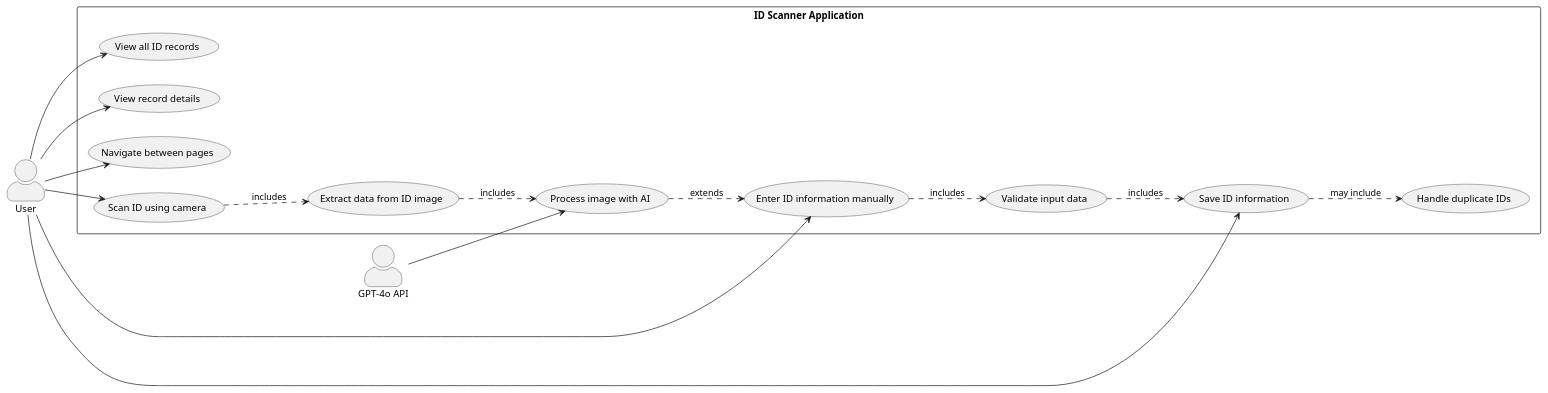
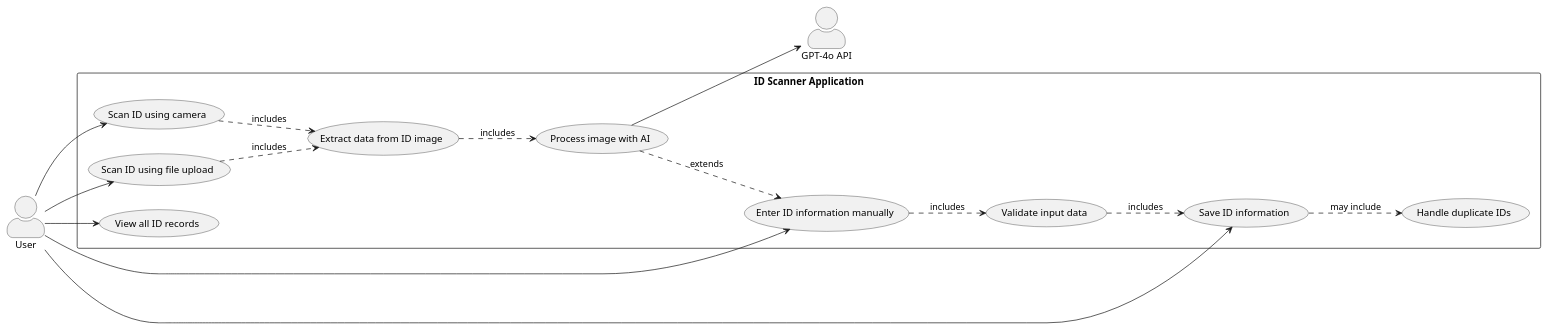
Before and after one commit to nehadst/ID-SCANNER: the diagram in docs/use-case-diagram-plantuml.md, drawn with PlantUML. The commit also changed 3 other files, not shown here.

Commit message:
editted use case diagram

```diff
--- a/docs/use-case-diagram-plantuml.md
+++ b/docs/use-case-diagram-plantuml.md
@@ -1,36 +1,33 @@
 @startuml
 left to right direction
 skinparam actorStyle awesome
 
 actor "User" as User
 actor "GPT-4o API" as GPT4o
 
 rectangle "ID Scanner Application" {
-  usecase "Navigate between pages" as UC1
   usecase "Scan ID using camera" as UC2
+  usecase "Scan ID using file upload" as UC1
   usecase "Enter ID information manually" as UC3
   usecase "Save ID information" as UC4
   usecase "View all ID records" as UC5
-  usecase "View record details" as UC6
   usecase "Handle duplicate IDs" as UC7
   usecase "Validate input data" as UC8
   usecase "Extract data from ID image" as UC9
   usecase "Process image with AI" as UC10
 }
-
 User --> UC1
 User --> UC2
 User --> UC3
 User --> UC4
 User --> UC5
-User --> UC6
 
-GPT4o --> UC10
-
+UC10 --> GPT4o
+UC1 ..> UC9 : includes
 UC2 ..> UC9 : includes
 UC9 ..> UC10 : includes
 UC10 ..> UC3 : extends
 UC3 ..> UC8 : includes
 UC8 ..> UC4 : includes
 UC4 ..> UC7 : may include
 @enduml 
```
